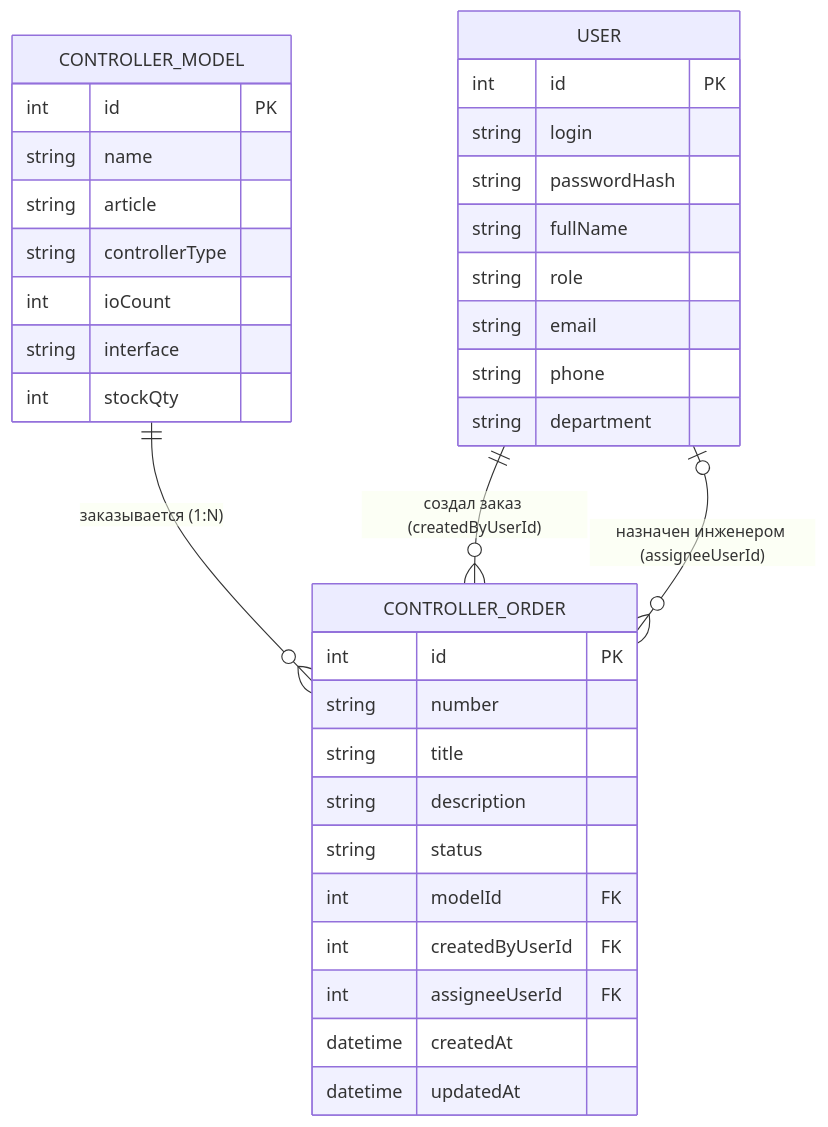
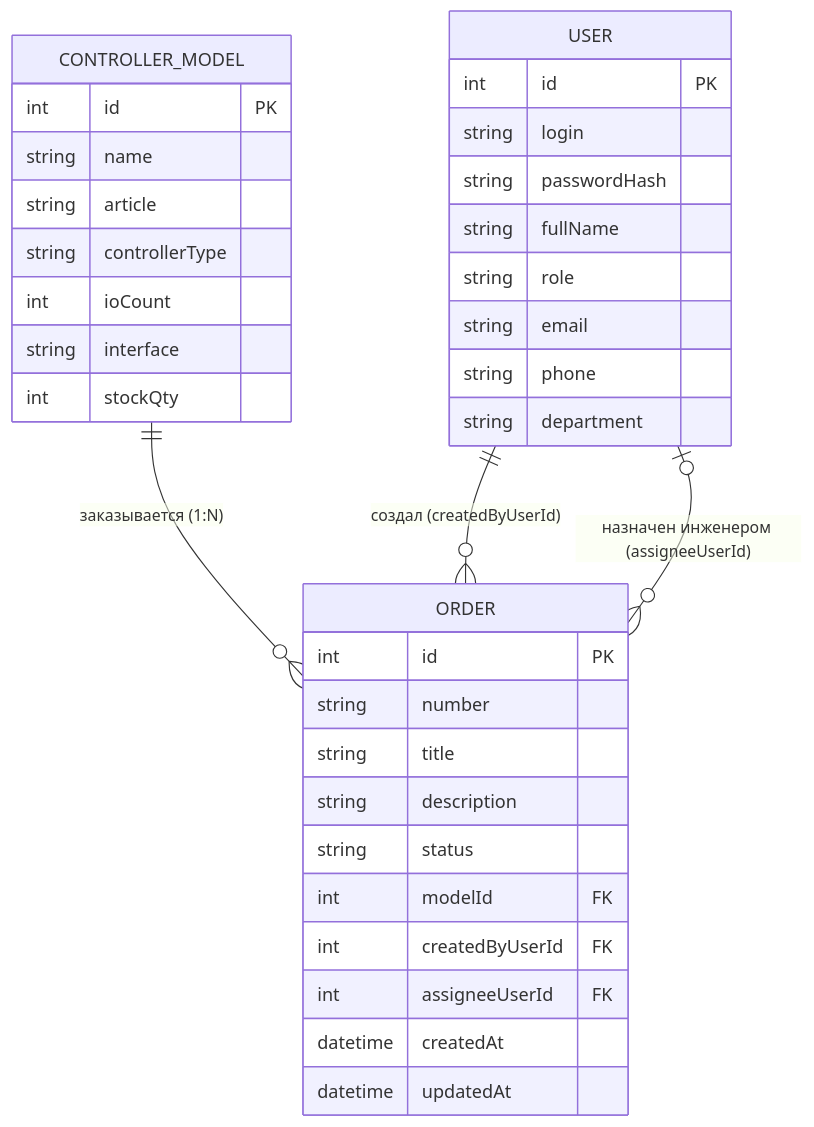
One commit to aisilyabdullina/RIS_WEB changed the diagram in docs/data-model.md. Above: the diagram before and after it, drawn with Mermaid. The commit also changed other lines of this file and 58 other files, not shown here.

````diff
--- a/docs/data-model.md
+++ b/docs/data-model.md
@@ -65,38 +67,38 @@
 ```mermaid
 erDiagram
-    CONTROLLER_MODEL ||--o{ CONTROLLER_ORDER : "заказывается (1:N)"
-    USER ||--o{ CONTROLLER_ORDER : "создал заказ (createdByUserId)"
-    USER |o--o{ CONTROLLER_ORDER : "назначен инженером (assigneeUserId)"
+    CONTROLLER_MODEL ||--o{ ORDER : "заказывается (1:N)"
+    USER ||--o{ ORDER : "создал (createdByUserId)"
+    USER |o--o{ ORDER : "назначен инженером (assigneeUserId)"
 
     CONTROLLER_MODEL {
         int id PK
         string name
         string article
         string controllerType
         int ioCount
         string interface
         int stockQty
     }
     USER {
         int id PK
         string login
         string passwordHash
         string fullName
         string role
         string email
         string phone
         string department
     }
-    CONTROLLER_ORDER {
+    ORDER {
         int id PK
         string number
         string title
         string description
         string status
         int modelId FK
         int createdByUserId FK
         int assigneeUserId FK
         datetime createdAt
         datetime updatedAt
     }
 ```
````
